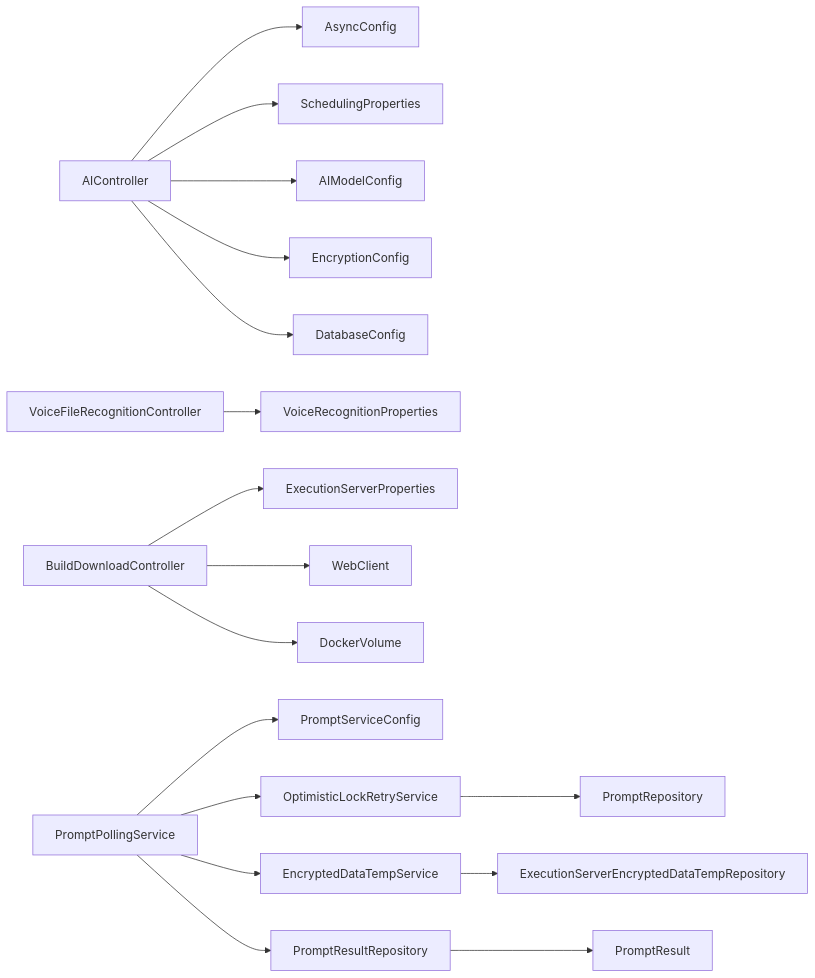
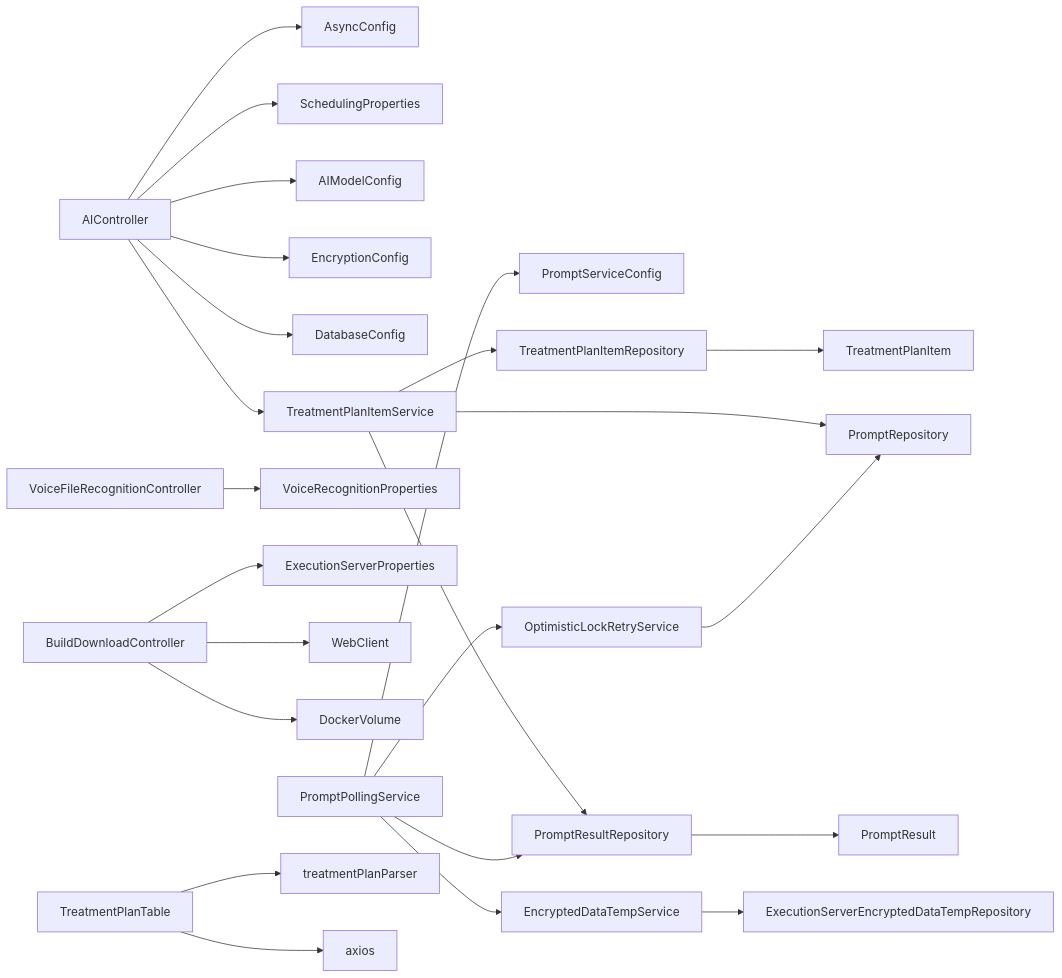
Before and after one commit to liuzh2008/med_ai_assistant_workspace: diagram 12 of 12 in .qoder/repowiki/zh/content/核心功能模块/核心功能模块.md, drawn with Mermaid. The commit also changed other lines of this file and 6 other files, not shown here.

````diff
--- a/.qoder/repowiki/zh/content/核心功能模块/核心功能模块.md
+++ b/.qoder/repowiki/zh/content/核心功能模块/核心功能模块.md
@@ -715,19 +842,26 @@
 ```mermaid
 graph LR
 AIController --> AsyncConfig
 AIController --> SchedulingProperties
 AIController --> AIModelConfig
 AIController --> EncryptionConfig
 AIController --> DatabaseConfig
+AIController --> TreatmentPlanItemService
 VoiceFileRecognitionController --> VoiceRecognitionProperties
 BuildDownloadController --> ExecutionServerProperties
 BuildDownloadController --> WebClient
 BuildDownloadController --> DockerVolume
 PromptPollingService --> PromptServiceConfig
 PromptPollingService --> OptimisticLockRetryService
 PromptPollingService --> EncryptedDataTempService
 PromptPollingService --> PromptResultRepository
 OptimisticLockRetryService --> PromptRepository
 EncryptedDataTempService --> ExecutionServerEncryptedDataTempRepository
 PromptResultRepository --> PromptResult
+TreatmentPlanItemService --> TreatmentPlanItemRepository
+TreatmentPlanItemService --> PromptResultRepository
+TreatmentPlanItemService --> PromptRepository
+TreatmentPlanItemRepository --> TreatmentPlanItem
+TreatmentPlanTable --> treatmentPlanParser
+TreatmentPlanTable --> axios
 ```
````
